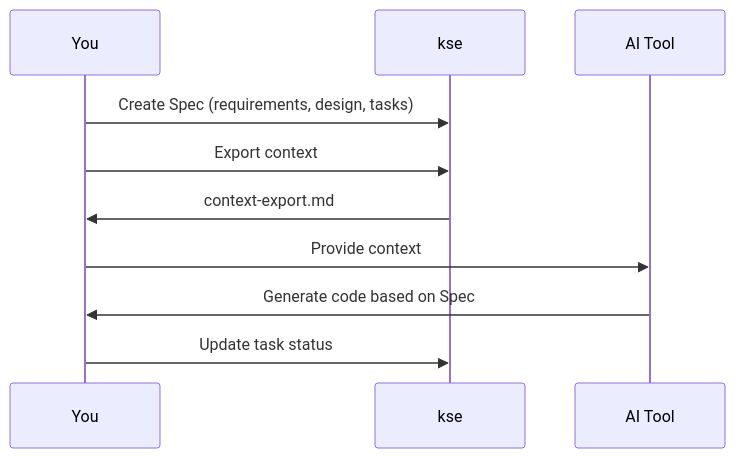
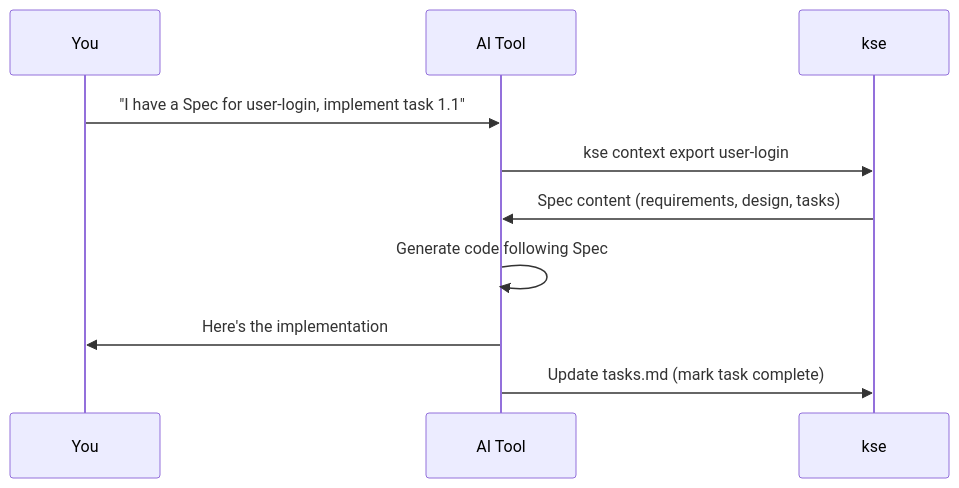
One commit to LuChangQiu/kiro-spec-engine changed the second of 2 diagrams in README.md. Above: the diagram before and after it, drawn with Mermaid. The commit also changed other lines of this file, not shown here.

Commit message:
fix(docs): correct Integration Workflow diagram in README
- Changed flow from 'You  kse  You  AI Tool' to 'You  AI Tool  kse'
- Shows AI tool calling kse directly during conversation
- Added key insight: users stay in their AI tool
- Updated both English and Chinese versions

````diff
--- a/README.md
+++ b/README.md
@@ -204,12 +204,12 @@
 ```mermaid
 sequenceDiagram
     participant You
+    participant AI Tool
     participant kse
-    participant AI Tool
-    You->>kse: Create Spec (requirements, design, tasks)
-    You->>kse: Export context
-    kse->>You: context-export.md
-    You->>AI Tool: Provide context
-    AI Tool->>You: Generate code based on Spec
-    You->>kse: Update task status
+    You->>AI Tool: "I have a Spec for user-login, implement task 1.1"
+    AI Tool->>kse: kse context export user-login
+    kse->>AI Tool: Spec content (requirements, design, tasks)
+    AI Tool->>AI Tool: Generate code following Spec
+    AI Tool->>You: Here's the implementation
+    AI Tool->>kse: Update tasks.md (mark task complete)
 ```
````
